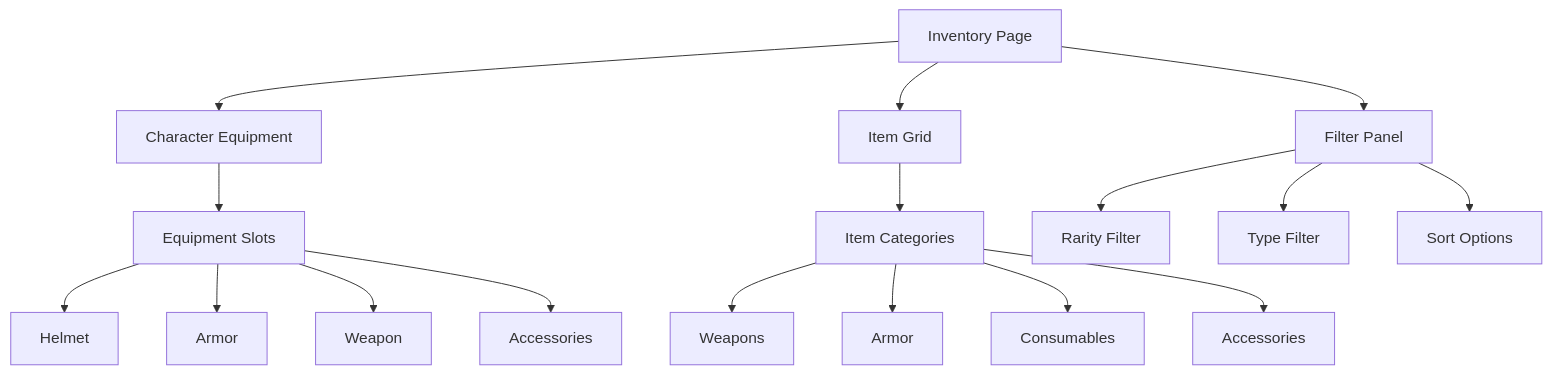
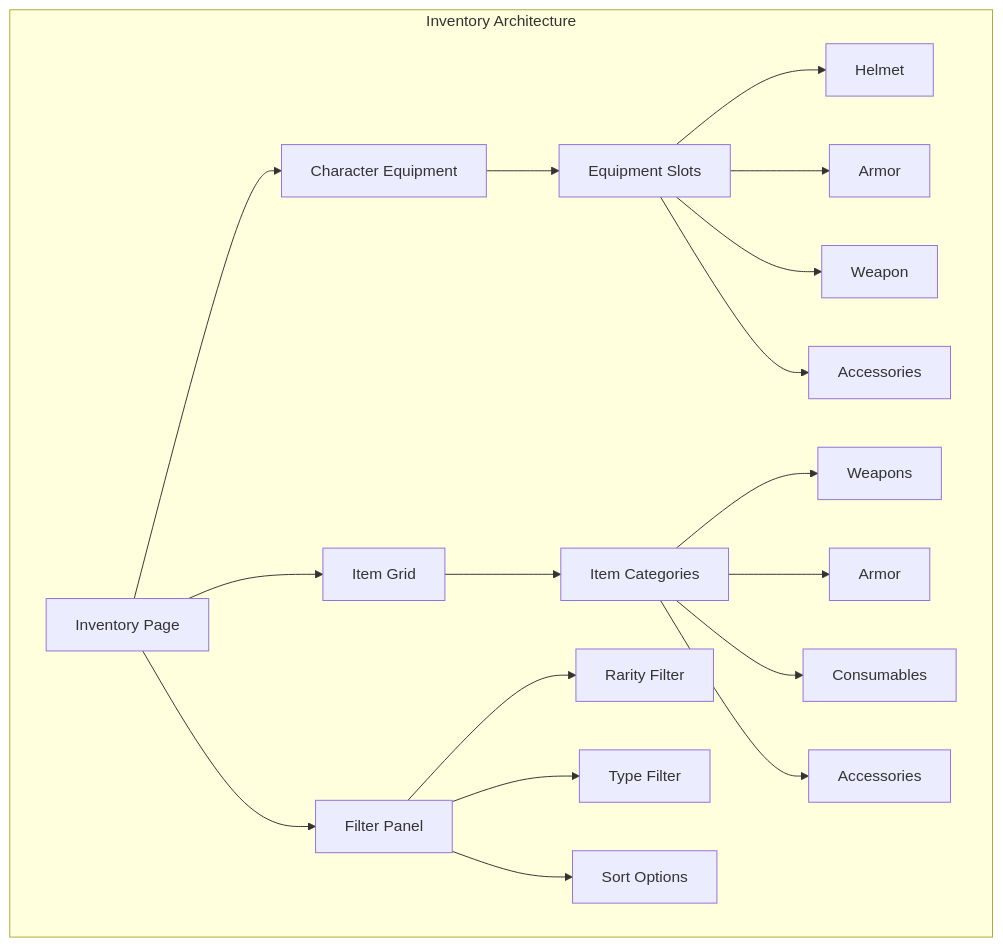
Before and after one commit to ma1iik/PlayerOne: diagram 11 of 20 in FRONTEND_ARCHITECTURE.md, drawn with Mermaid. The commit also changed other lines of this file, not shown here.

````diff
--- a/FRONTEND_ARCHITECTURE.md
+++ b/FRONTEND_ARCHITECTURE.md
@@ -272,22 +274,24 @@
 ```mermaid
 graph TB
-    A[Inventory Page] --> B[Character Equipment]
-    A --> C[Item Grid]
-    A --> D[Filter Panel]
-    
-    B --> E[Equipment Slots]
-    E --> F[Helmet]
-    E --> G[Armor]
-    E --> H[Weapon]
-    E --> I[Accessories]
-    
-    C --> J[Item Categories]
-    J --> K[Weapons]
-    J --> L[Armor]
-    J --> M[Consumables]
-    J --> N[Accessories]
-    
-    D --> O[Rarity Filter]
-    D --> P[Type Filter]
-    D --> Q[Sort Options]
+    subgraph "Inventory Architecture"
+        A[Inventory Page] --> B[Character Equipment]
+        A --> C[Item Grid]
+        A --> D[Filter Panel]
+        
+        B --> E[Equipment Slots]
+        E --> F[Helmet]
+        E --> G[Armor]
+        E --> H[Weapon]
+        E --> I[Accessories]
+        
+        C --> J[Item Categories]
+        J --> K[Weapons]
+        J --> L[Armor]
+        J --> M[Consumables]
+        J --> N[Accessories]
+        
+        D --> O[Rarity Filter]
+        D --> P[Type Filter]
+        D --> Q[Sort Options]
+    end
 ```
````
